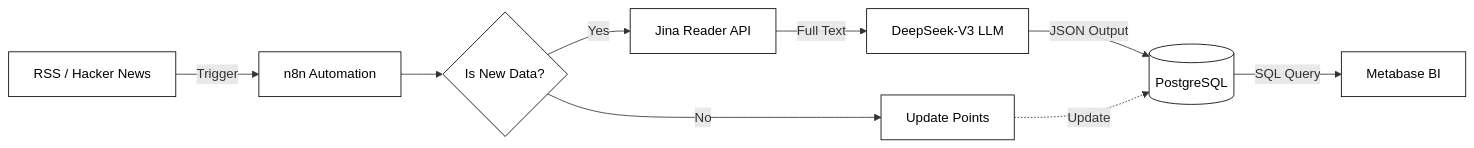
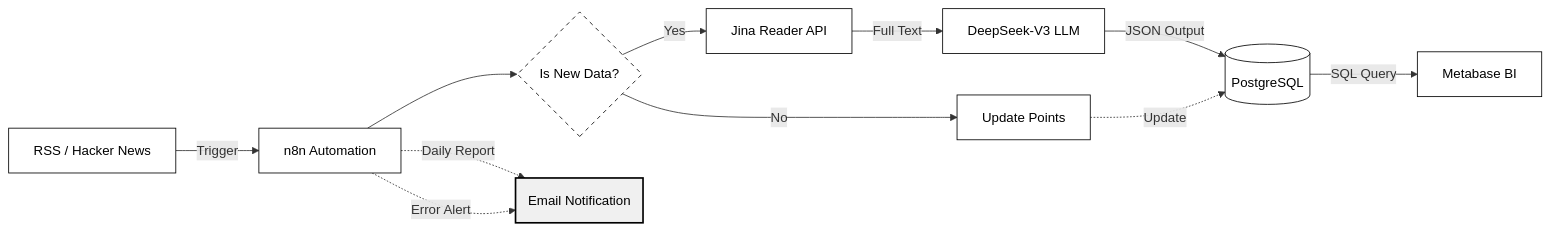
One commit to Trainingdlu/TechNews_Intelligence changed the diagram in README.md. Above: the diagram before and after it, drawn with Mermaid. The commit also changed other lines of this file and 4 other files, not shown here.

````diff
--- a/README.md
+++ b/README.md
@@ -16,31 +15,37 @@
 ```mermaid
 flowchart LR
     classDef node fill:#ffffff,stroke:#000000,stroke-width:1px,color:#000000,rx:0,ry:0;
-    classDef logic fill:#ffffff,stroke:#000000,stroke-width:1px,color:#000000;
+    classDef logic fill:#ffffff,stroke:#000000,stroke-width:1px,stroke-dasharray: 5 5,color:#000000;
     classDef db fill:#ffffff,stroke:#000000,stroke-width:1px,shape:cylinder,color:#000000;
+    classDef notify fill:#f0f0f0,stroke:#000000,stroke-width:2px,color:#000000;
     
     A[RSS / Hacker News]
     B[n8n Automation]
     C{Is New Data?}
     D[Jina Reader API]
     E[DeepSeek-V3 LLM]
     F[Update Points]
     G[(PostgreSQL)]
     H[Metabase BI]
+    I(Email Notification)
 
     A -->|Trigger| B
     B --> C
     
     C -- Yes --> D
     D -->|Full Text| E
     E -->|JSON Output| G
     
     C -- No --> F
     F -.->|Update| G
     
     G -->|SQL Query| H
 
+    B -.->|Daily Report| I
+    B -.->|Error Alert| I
+
     class A,B,D,E,F,H node;
     class C logic;
     class G db;
+    class I notify;
 ```
````
